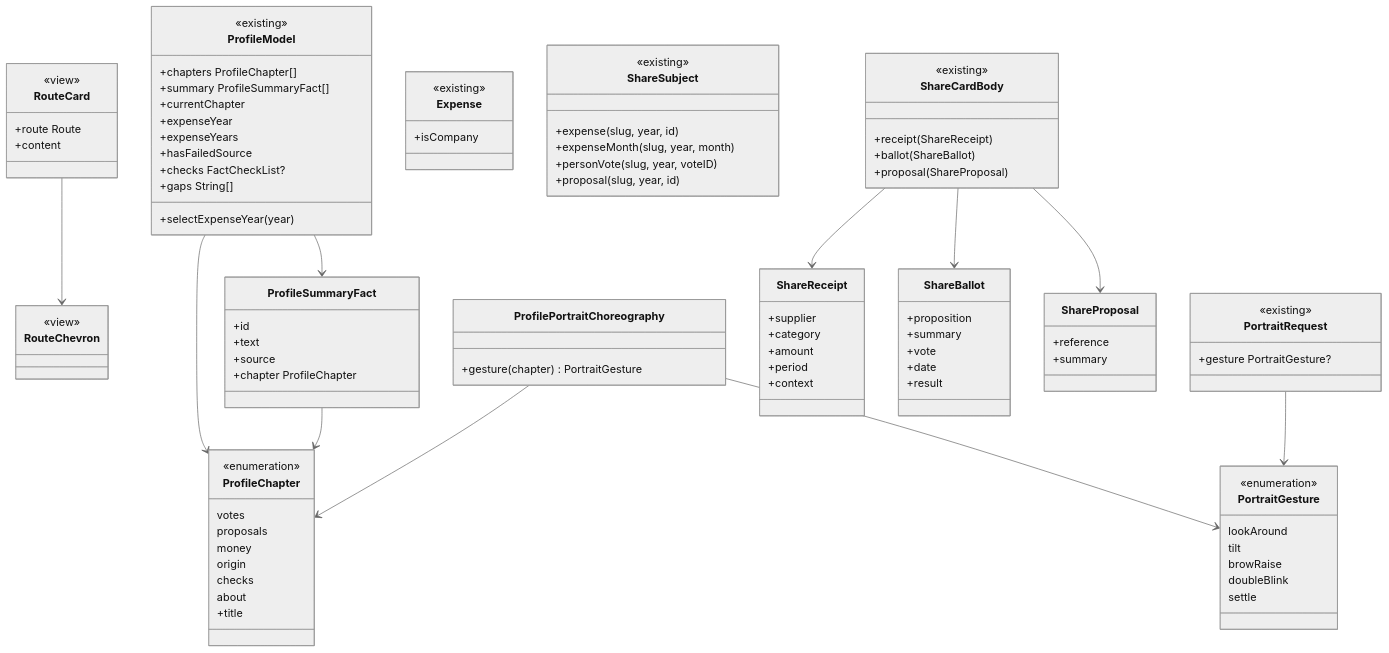
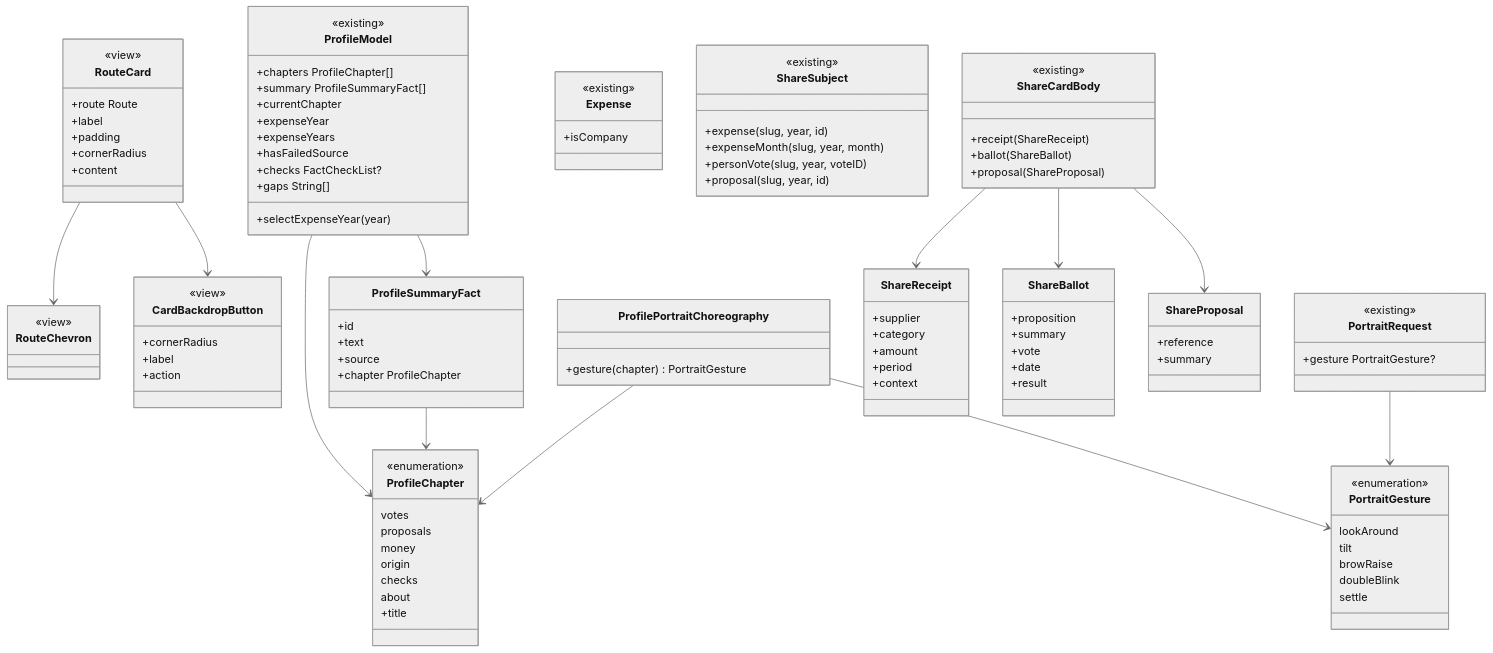
One commit to byescaleira/fiscal changed the diagram in spdd/prompt/FSC-014-202611020300-[Feat]-politician-page-and-share-an-item.md. Above: the diagram before and after it, drawn with Mermaid (neutral theme). The commit also changed other lines of this file and 2 other files, not shown here.

```diff
--- a/spdd/prompt/FSC-014-202611020300-[Feat]-politician-page-and-share-an-item.md
+++ b/spdd/prompt/FSC-014-202611020300-[Feat]-politician-page-and-share-an-item.md
@@ -82,7 +82,16 @@
     class RouteCard {
         <<view>>
         +route Route
+        +label
+        +padding
+        +cornerRadius
         +content
+    }
+    class CardBackdropButton {
+        <<view>>
+        +cornerRadius
+        +label
+        +action
     }
     class ProfileSummaryFact {
         +id
@@ -153,6 +162,7 @@
         +summary
     }
     RouteCard --> RouteChevron
+    RouteCard --> CardBackdropButton
     ProfileModel --> ProfileChapter
     ProfileModel --> ProfileSummaryFact
     ProfileSummaryFact --> ProfileChapter
```
